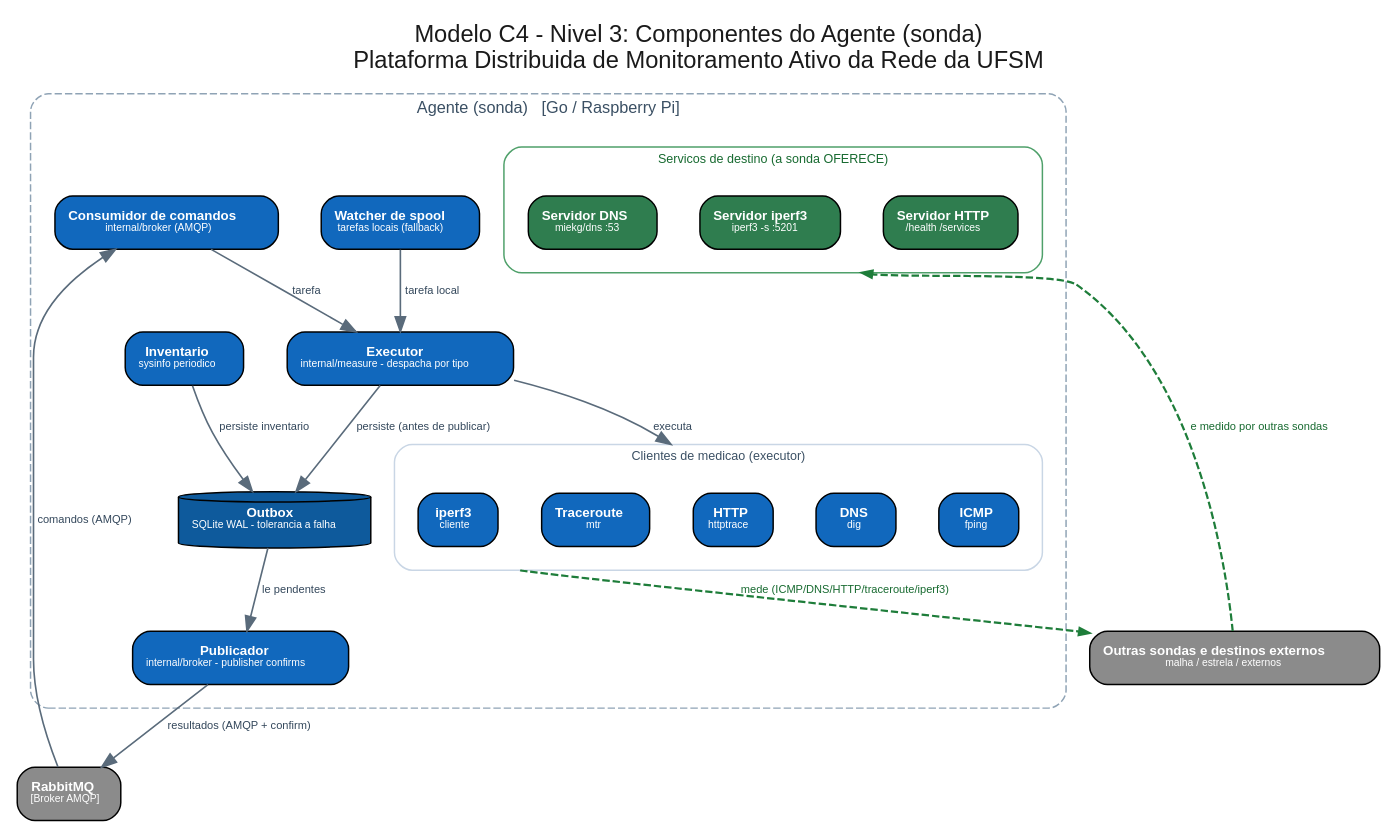
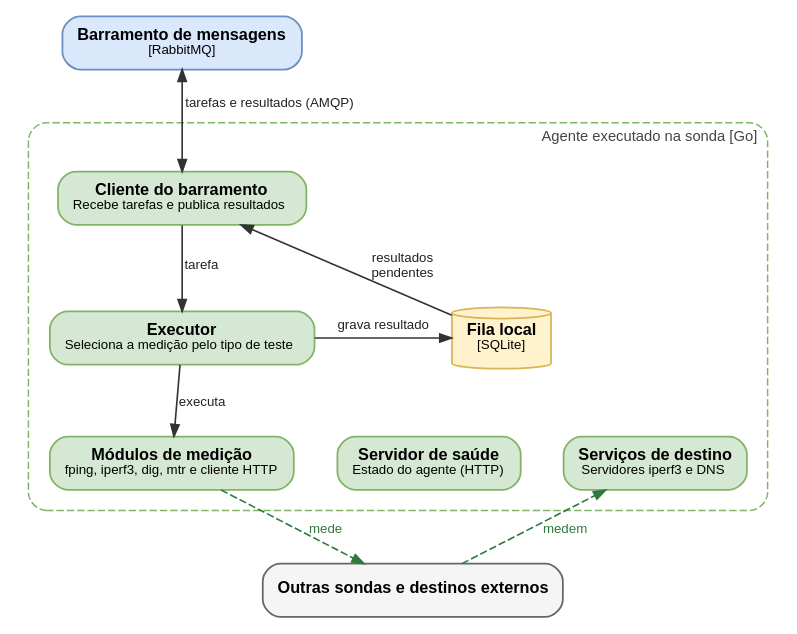
The diagram in docs/arquitetura/c4-3-componentes-agente.dot (anthony-c-silva/ufsm-monitor), drawn with Graphviz before and after one commit. The commit also changed 22 other files, not shown here.

Commit message:
fix(agent): nova conexao por medicao HTTP; diagramas atualizados; teste de carga

```diff
--- a/docs/arquitetura/c4-3-componentes-agente.dot
+++ b/docs/arquitetura/c4-3-componentes-agente.dot
@@ -1,58 +1,38 @@
+// Modelo C4 - nivel 3 (componentes do agente). Gerar: dot -Tpdf c4-3-componentes-agente.dot -o c4-3-componentes-agente.pdf
 digraph C4_Componentes_Agente {
-  rankdir=TB; compound=true;
-  graph [fontname="Helvetica", labelloc="t", fontsize=16, fontcolor="#1a1a1a",
-         label="Modelo C4 - Nivel 3: Componentes do Agente (sonda)\nPlataforma Distribuida de Monitoramento Ativo da Rede da UFSM",
-         nodesep=0.4, ranksep=0.65];
-  node [shape=box, style="rounded,filled", fontname="Helvetica", fontsize=9, margin="0.13,0.08",
-        fillcolor="#1168bd", fontcolor="white"];
+  rankdir=TB; compound=true; newrank=true;
+  graph [fontname="Liberation Sans", nodesep=0.4, ranksep=0.5, pad=0.05, margin=0];
+  node  [shape=box, style="rounded,filled", fontname="Liberation Sans", fontsize=11,
+         margin="0.14,0.07", penwidth=1.2, fillcolor="#d5e8d4", color="#82b366"];
+  edge  [fontname="Liberation Sans", fontsize=9, color="#333333", fontcolor="#222222",
+         penwidth=1.1, arrowsize=0.8];
 
-  rabbit   [label=<<b>RabbitMQ</b><br/><font point-size="7.5" color="white">[Broker AMQP]</font>>, fillcolor="#8b8b8b"];
-  externos [label=<<b>Outras sondas e destinos externos</b><br/><font point-size="7.5" color="white">malha / estrela / externos</font>>, fillcolor="#8b8b8b"];
+  rabbit [label=<<b>Barramento de mensagens</b><br/><font point-size="9">[RabbitMQ]</font>>, fillcolor="#dae8fc", color="#6c8ebf"];
 
-  subgraph cluster_agent {
-    label="Agente (sonda)   [Go / Raspberry Pi]";
-    labelloc="t"; fontname="Helvetica"; fontsize=11; fontcolor="#3b5064";
-    style="rounded,dashed"; color="#8fa3b5"; margin=16;
+  subgraph cluster_agente {
+    label="Agente executado na sonda [Go]"; labeljust="r"; fontname="Liberation Sans"; fontsize=10; fontcolor="#444444";
+    style="rounded,dashed"; color="#82b366"; margin=14;
 
-    consumer  [label=<<b>Consumidor de comandos</b><br/><font point-size="7.5" color="white">internal/broker (AMQP)</font>>];
-    spool     [label=<<b>Watcher de spool</b><br/><font point-size="7.5" color="white">tarefas locais (fallback)</font>>];
-    executor  [label=<<b>Executor</b><br/><font point-size="7.5" color="white">internal/measure - despacha por tipo</font>>];
-    inventory [label=<<b>Inventario</b><br/><font point-size="7.5" color="white">sysinfo periodico</font>>];
-    outbox    [label=<<b>Outbox</b><br/><font point-size="7.5" color="white">SQLite WAL - tolerancia a falha</font>>, shape=cylinder, fillcolor="#0e5a9c"];
-    publisher [label=<<b>Publicador</b><br/><font point-size="7.5" color="white">internal/broker - publisher confirms</font>>];
-
-    subgraph cluster_clients {
-      label="Clientes de medicao (executor)";
-      labelloc="t"; fontsize=8.5; fontcolor="#3b5064"; style="rounded"; color="#c9d6e5";
-      c_icmp  [label=<<b>ICMP</b><br/><font point-size="7" color="white">fping</font>>];
-      c_dns   [label=<<b>DNS</b><br/><font point-size="7" color="white">dig</font>>];
-      c_http  [label=<<b>HTTP</b><br/><font point-size="7" color="white">httptrace</font>>];
-      c_tr    [label=<<b>Traceroute</b><br/><font point-size="7" color="white">mtr</font>>];
-      c_iperf [label=<<b>iperf3</b><br/><font point-size="7" color="white">cliente</font>>];
-    }
-
-    subgraph cluster_servers {
-      label="Servicos de destino (a sonda OFERECE)";
-      labelloc="t"; fontsize=8.5; fontcolor="#176a30"; style="rounded"; color="#4fa06a";
-      s_http  [label=<<b>Servidor HTTP</b><br/><font point-size="7" color="white">/health /services</font>>, fillcolor="#2f7d4f"];
-      s_iperf [label=<<b>Servidor iperf3</b><br/><font point-size="7" color="white">iperf3 -s :5201</font>>, fillcolor="#2f7d4f"];
-      s_dns   [label=<<b>Servidor DNS</b><br/><font point-size="7" color="white">miekg/dns :53</font>>, fillcolor="#2f7d4f"];
-    }
+    cliente  [label=<<b>Cliente do barramento</b><br/><font point-size="9">Recebe tarefas e publica resultados</font>>];
+    executor [label=<<b>Executor</b><br/><font point-size="9">Seleciona a medição pelo tipo de teste</font>>];
+    medicao  [label=<<b>Módulos de medição</b><br/><font point-size="9">fping, iperf3, dig, mtr e cliente HTTP</font>>];
+    fila     [label=<<b>Fila local</b><br/><font point-size="9">[SQLite]</font>>, shape=cylinder, style=filled, fillcolor="#fff2cc", color="#d6b656"];
+    saude    [label=<<b>Servidor de saúde</b><br/><font point-size="9">Estado do agente (HTTP)</font>>];
+    destino  [label=<<b>Serviços de destino</b><br/><font point-size="9">Servidores iperf3 e DNS</font>>];
   }
 
-  // ----- controle e dados (linha cheia) -----
-  edge [fontname="Helvetica", fontsize=7.5, color="#5a6b7b", fontcolor="#33475b", penwidth=1.1];
-  rabbit -> consumer   [label="comandos (AMQP)"];
-  consumer -> executor [label="tarefa"];
-  spool -> executor    [label="tarefa local"];
-  executor -> c_http   [lhead=cluster_clients, label="executa"];
-  executor -> outbox   [label="persiste (antes de publicar)"];
-  inventory -> outbox  [label="persiste inventario"];
-  outbox -> publisher  [label="le pendentes"];
-  publisher -> rabbit  [label="resultados (AMQP + confirm)"];
+  outros [label=<<b>Outras sondas e destinos externos</b>>, fillcolor="#f5f5f5", color="#666666"];
 
-  // ----- medicao (tracejado verde) -----
-  edge [color="#1e7d3a", fontcolor="#176a30", style=dashed, penwidth=1.5, arrowsize=0.7];
-  c_iperf -> externos [ltail=cluster_clients, label="mede (ICMP/DNS/HTTP/traceroute/iperf3)"];
-  externos -> s_iperf [lhead=cluster_servers, label="e medido por outras sondas"];
+  { rank=same; executor; fila; }
+  { rank=same; medicao; saude; destino; }
+
+  rabbit  -> cliente  [label=" tarefas e resultados (AMQP)", dir=both];
+  cliente -> executor [label=" tarefa"];
+  executor -> medicao [label=" executa"];
+  executor -> fila    [label="grava resultado"];
+  fila -> cliente     [label="resultados\npendentes", constraint=false];
+
+  edge [style=dashed, color="#2d7a3e", fontcolor="#2d7a3e"];
+  medicao -> outros   [label=" mede"];
+  outros  -> destino  [label=" medem"];
 }
```
